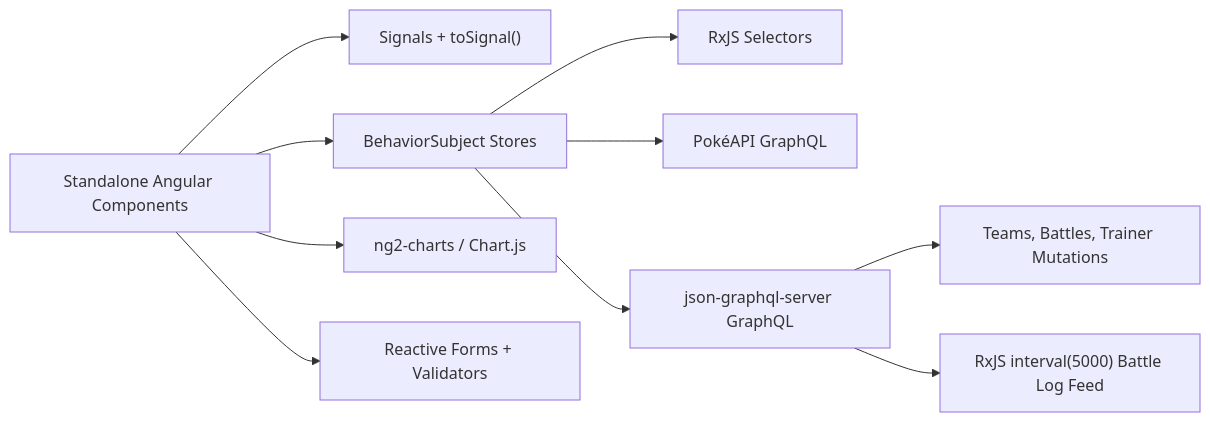
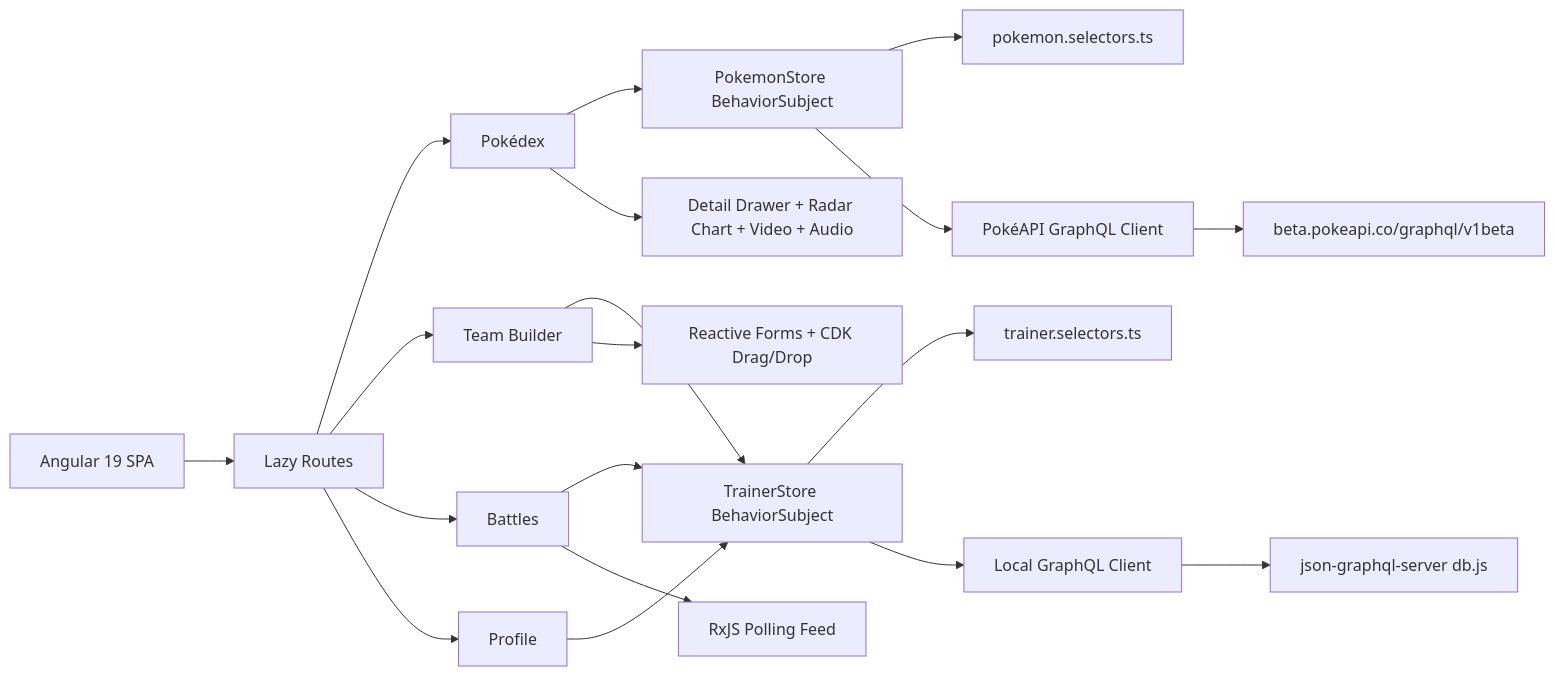
One commit to Technova-K02/pokedex-angular changed the diagram in README.md. Above: the diagram before and after it, drawn with Mermaid. The commit also changed other lines of this file, not shown here.

Commit message:
docs: expand client handoff readme

````diff
--- a/README.md
+++ b/README.md
@@ -18,12 +181,26 @@
 ```mermaid
 flowchart LR
-  UI["Standalone Angular Components"] --> Signals["Signals + toSignal()"]
-  UI --> Stores["BehaviorSubject Stores"]
-  Stores --> Selectors["RxJS Selectors"]
-  Stores --> PokeAPI["PokéAPI GraphQL"]
-  Stores --> LocalAPI["json-graphql-server GraphQL"]
-  LocalAPI --> Mutations["Teams, Battles, Trainer Mutations"]
-  LocalAPI --> Polling["RxJS interval(5000) Battle Log Feed"]
-  UI --> Charts["ng2-charts / Chart.js"]
-  UI --> Forms["Reactive Forms + Validators"]
+  App["Angular 19 SPA"] --> Routes["Lazy Routes"]
+  Routes --> Pokedex["Pokédex"]
+  Routes --> TeamBuilder["Team Builder"]
+  Routes --> Battles["Battles"]
+  Routes --> Profile["Profile"]
+
+  Pokedex --> PokemonStore["PokemonStore BehaviorSubject"]
+  TeamBuilder --> TrainerStore["TrainerStore BehaviorSubject"]
+  Battles --> TrainerStore
+  Profile --> TrainerStore
+
+  PokemonStore --> PokemonSelectors["pokemon.selectors.ts"]
+  TrainerStore --> TrainerSelectors["trainer.selectors.ts"]
+
+  PokemonStore --> PokeAPI["PokéAPI GraphQL Client"]
+  TrainerStore --> LocalAPI["Local GraphQL Client"]
+
+  LocalAPI --> LocalServer["json-graphql-server db.js"]
+  PokeAPI --> PublicAPI["beta.pokeapi.co/graphql/v1beta"]
+
+  Battles --> LiveFeed["RxJS Polling Feed"]
+  Pokedex --> DetailPanel["Detail Drawer + Radar Chart + Video + Audio"]
+  TeamBuilder --> Forms["Reactive Forms + CDK Drag/Drop"]
 ```
````
